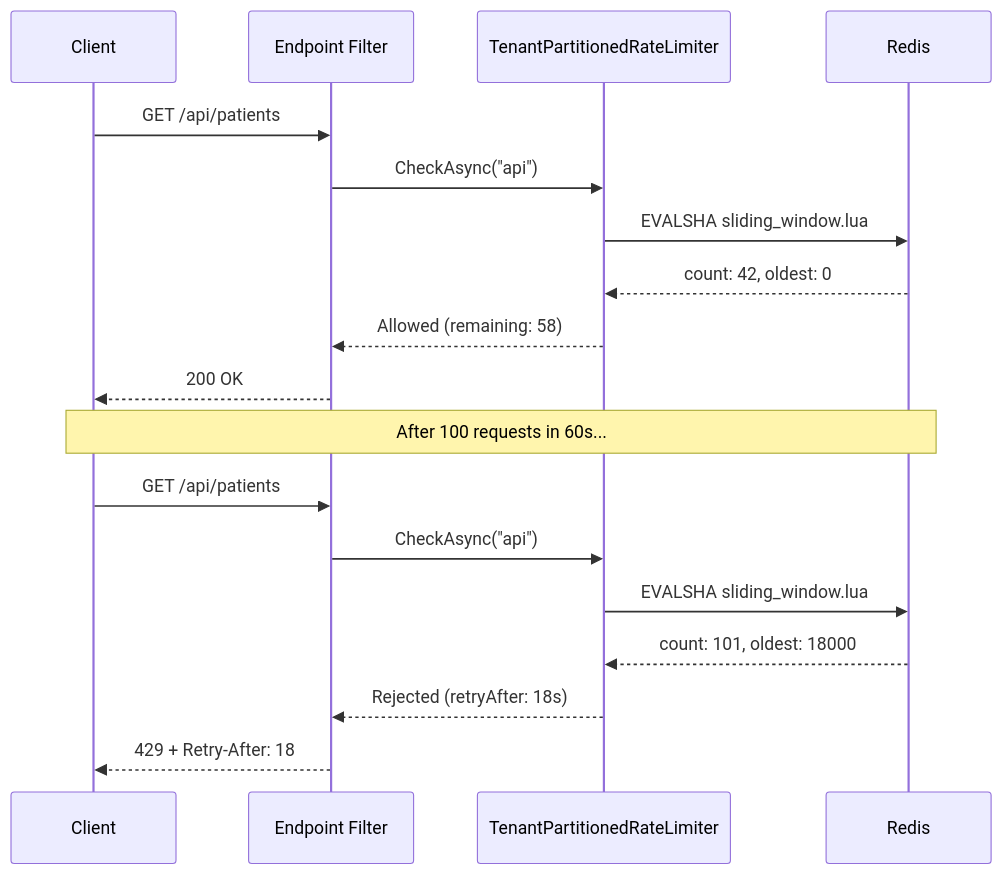
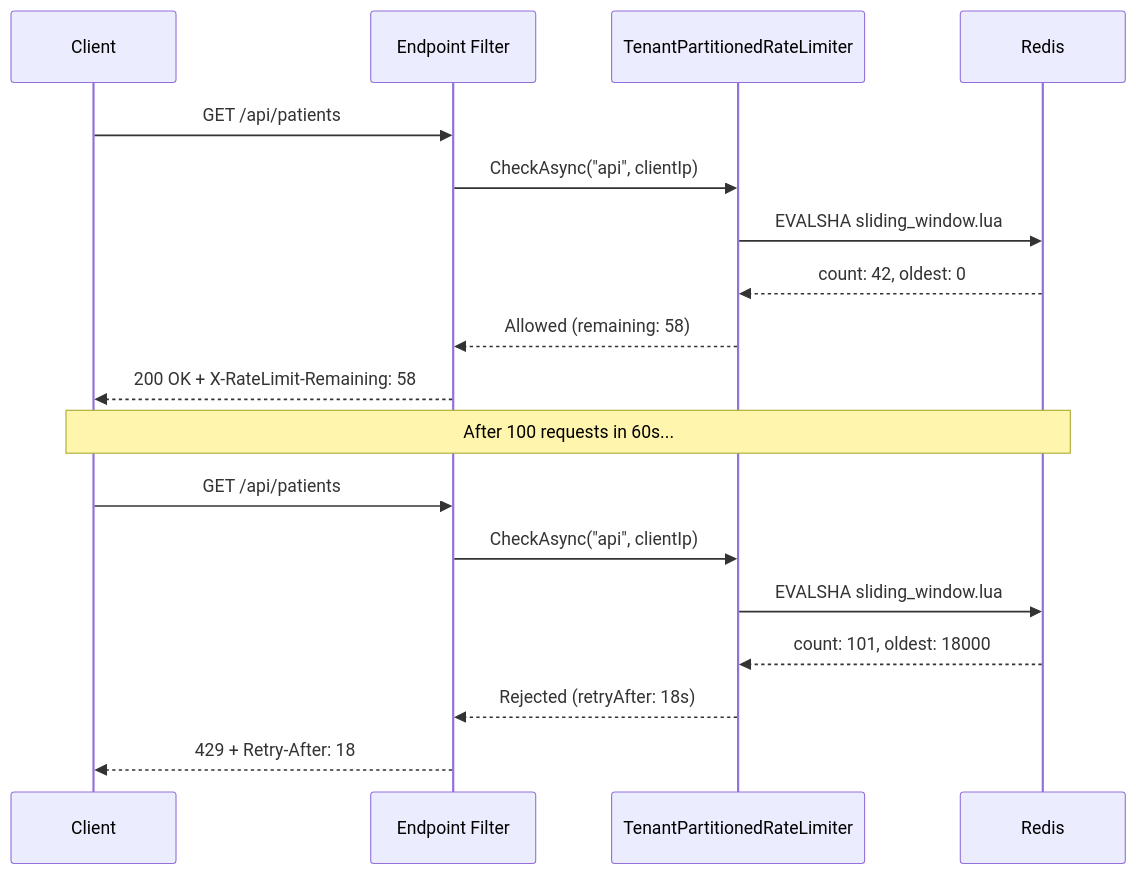
One commit to granit-fx/granit-dotnet changed the second of 2 diagrams in docs-site/src/content/docs/dotnet/architecture/patterns/rate-limiting.md. Above: the diagram before and after it, drawn with Mermaid. The commit also changed other lines of this file and 13 other files, not shown here.

````diff
--- a/docs-site/src/content/docs/dotnet/architecture/patterns/rate-limiting.md
+++ b/docs-site/src/content/docs/dotnet/architecture/patterns/rate-limiting.md
@@ -32,23 +32,23 @@
 ```mermaid
 sequenceDiagram
     participant Client
     participant Filter as Endpoint Filter
     participant Limiter as TenantPartitionedRateLimiter
     participant Redis
 
     Client->>Filter: GET /api/patients
-    Filter->>Limiter: CheckAsync("api")
+    Filter->>Limiter: CheckAsync("api", clientIp)
     Limiter->>Redis: EVALSHA sliding_window.lua
     Redis-->>Limiter: count: 42, oldest: 0
     Limiter-->>Filter: Allowed (remaining: 58)
-    Filter-->>Client: 200 OK
+    Filter-->>Client: 200 OK + X-RateLimit-Remaining: 58
 
     Note over Client,Redis: After 100 requests in 60s...
 
     Client->>Filter: GET /api/patients
-    Filter->>Limiter: CheckAsync("api")
+    Filter->>Limiter: CheckAsync("api", clientIp)
     Limiter->>Redis: EVALSHA sliding_window.lua
     Redis-->>Limiter: count: 101, oldest: 18000
     Limiter-->>Filter: Rejected (retryAfter: 18s)
     Filter-->>Client: 429 + Retry-After: 18
 ```
````
